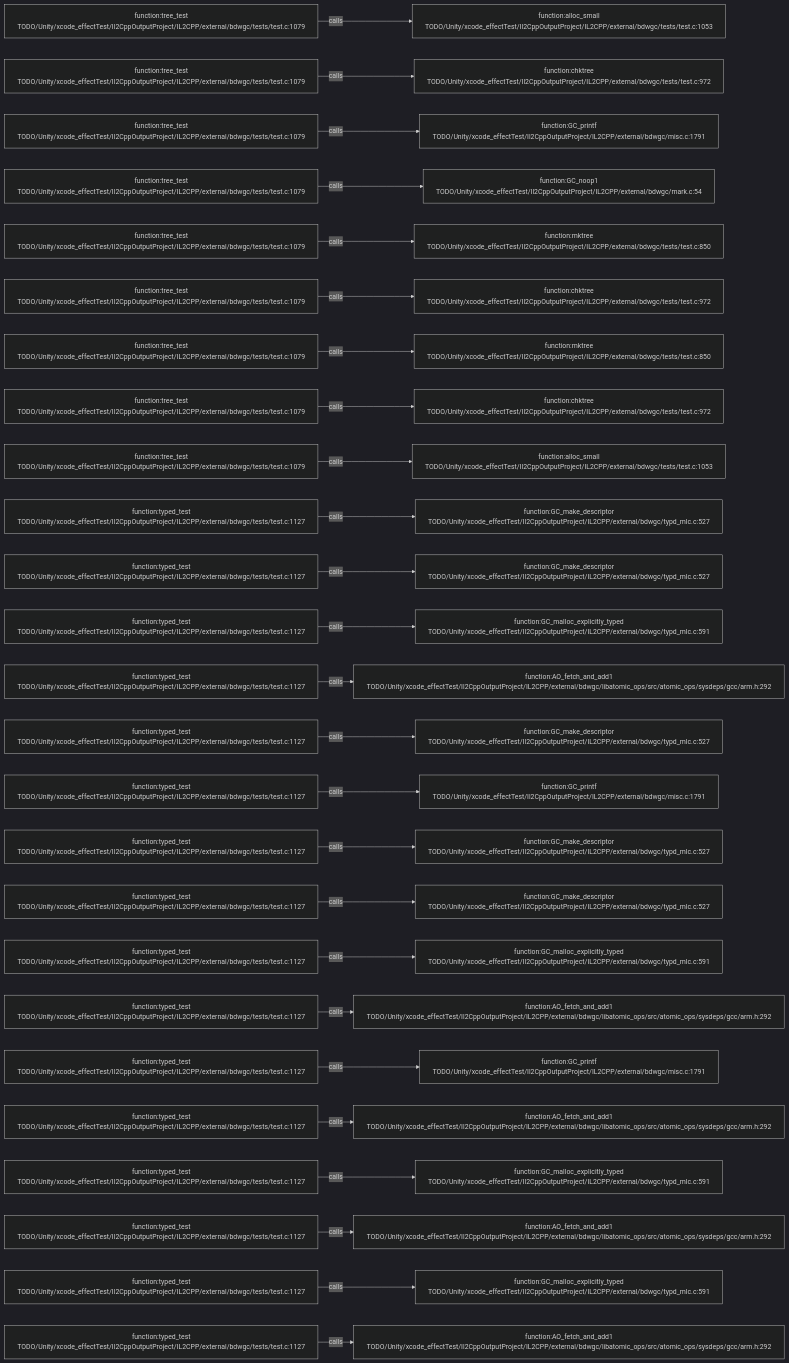
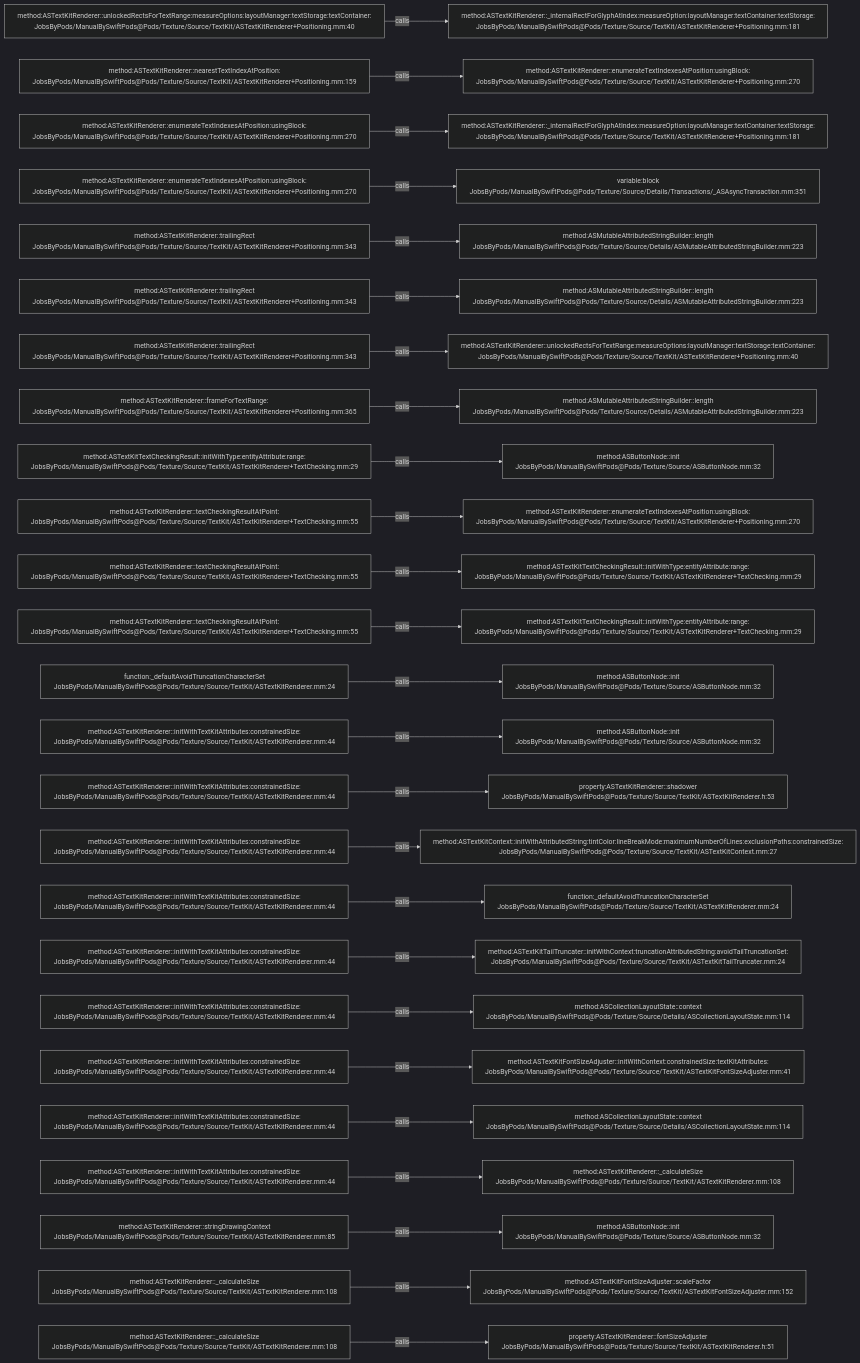
Before and after one commit to JobsKits/JobsSwiftBaseConfigDemo: the diagram in .codegraph/codegraph.md/graphs/calls-168.md, drawn with Mermaid (dark theme). The commit also changed 2959 other files, not shown here.

````diff
--- a/.codegraph/codegraph.md/graphs/calls-168.md
+++ b/.codegraph/codegraph.md/graphs/calls-168.md
@@ -13,78 +13,78 @@
 ```mermaid
 flowchart LR
-  S1["function:tree_test<br/>TODO/Unity/xcode_effectTest/Il2CppOutputProject/IL2CPP/external/bdwgc/tests/test.c:1079"]
-  T1["function:alloc_small<br/>TODO/Unity/xcode_effectTest/Il2CppOutputProject/IL2CPP/external/bdwgc/tests/test.c:1053"]
+  S1["method:ASTextKitRenderer::unlockedRectsForTextRange:measureOptions:layoutManager:textStorage:textContainer:<br/>JobsByPods/ManualBySwiftPods@Pods/Texture/Source/TextKit/ASTextKitRenderer+Positioning.mm:40"]
+  T1["method:ASTextKitRenderer::_internalRectForGlyphAtIndex:measureOption:layoutManager:textContainer:textStorage:<br/>JobsByPods/ManualBySwiftPods@Pods/Texture/Source/TextKit/ASTextKitRenderer+Positioning.mm:181"]
   S1 -->|calls| T1
-  S2["function:tree_test<br/>TODO/Unity/xcode_effectTest/Il2CppOutputProject/IL2CPP/external/bdwgc/tests/test.c:1079"]
-  T2["function:chktree<br/>TODO/Unity/xcode_effectTest/Il2CppOutputProject/IL2CPP/external/bdwgc/tests/test.c:972"]
+  S2["method:ASTextKitRenderer::nearestTextIndexAtPosition:<br/>JobsByPods/ManualBySwiftPods@Pods/Texture/Source/TextKit/ASTextKitRenderer+Positioning.mm:159"]
+  T2["method:ASTextKitRenderer::enumerateTextIndexesAtPosition:usingBlock:<br/>JobsByPods/ManualBySwiftPods@Pods/Texture/Source/TextKit/ASTextKitRenderer+Positioning.mm:270"]
   S2 -->|calls| T2
-  S3["function:tree_test<br/>TODO/Unity/xcode_effectTest/Il2CppOutputProject/IL2CPP/external/bdwgc/tests/test.c:1079"]
-  T3["function:GC_printf<br/>TODO/Unity/xcode_effectTest/Il2CppOutputProject/IL2CPP/external/bdwgc/misc.c:1791"]
+  S3["method:ASTextKitRenderer::enumerateTextIndexesAtPosition:usingBlock:<br/>JobsByPods/ManualBySwiftPods@Pods/Texture/Source/TextKit/ASTextKitRenderer+Positioning.mm:270"]
+  T3["method:ASTextKitRenderer::_internalRectForGlyphAtIndex:measureOption:layoutManager:textContainer:textStorage:<br/>JobsByPods/ManualBySwiftPods@Pods/Texture/Source/TextKit/ASTextKitRenderer+Positioning.mm:181"]
   S3 -->|calls| T3
-  S4["function:tree_test<br/>TODO/Unity/xcode_effectTest/Il2CppOutputProject/IL2CPP/external/bdwgc/tests/test.c:1079"]
-  T4["function:GC_noop1<br/>TODO/Unity/xcode_effectTest/Il2CppOutputProject/IL2CPP/external/bdwgc/mark.c:54"]
+  S4["method:ASTextKitRenderer::enumerateTextIndexesAtPosition:usingBlock:<br/>JobsByPods/ManualBySwiftPods@Pods/Texture/Source/TextKit/ASTextKitRenderer+Positioning.mm:270"]
+  T4["variable:block<br/>JobsByPods/ManualBySwiftPods@Pods/Texture/Source/Details/Transactions/_ASAsyncTransaction.mm:351"]
   S4 -->|calls| T4
-  S5["function:tree_test<br/>TODO/Unity/xcode_effectTest/Il2CppOutputProject/IL2CPP/external/bdwgc/tests/test.c:1079"]
-  T5["function:mktree<br/>TODO/Unity/xcode_effectTest/Il2CppOutputProject/IL2CPP/external/bdwgc/tests/test.c:850"]
+  S5["method:ASTextKitRenderer::trailingRect<br/>JobsByPods/ManualBySwiftPods@Pods/Texture/Source/TextKit/ASTextKitRenderer+Positioning.mm:343"]
+  T5["method:ASMutableAttributedStringBuilder::length<br/>JobsByPods/ManualBySwiftPods@Pods/Texture/Source/Details/ASMutableAttributedStringBuilder.mm:223"]
   S5 -->|calls| T5
-  S6["function:tree_test<br/>TODO/Unity/xcode_effectTest/Il2CppOutputProject/IL2CPP/external/bdwgc/tests/test.c:1079"]
-  T6["function:chktree<br/>TODO/Unity/xcode_effectTest/Il2CppOutputProject/IL2CPP/external/bdwgc/tests/test.c:972"]
+  S6["method:ASTextKitRenderer::trailingRect<br/>JobsByPods/ManualBySwiftPods@Pods/Texture/Source/TextKit/ASTextKitRenderer+Positioning.mm:343"]
+  T6["method:ASMutableAttributedStringBuilder::length<br/>JobsByPods/ManualBySwiftPods@Pods/Texture/Source/Details/ASMutableAttributedStringBuilder.mm:223"]
   S6 -->|calls| T6
-  S7["function:tree_test<br/>TODO/Unity/xcode_effectTest/Il2CppOutputProject/IL2CPP/external/bdwgc/tests/test.c:1079"]
-  T7["function:mktree<br/>TODO/Unity/xcode_effectTest/Il2CppOutputProject/IL2CPP/external/bdwgc/tests/test.c:850"]
+  S7["method:ASTextKitRenderer::trailingRect<br/>JobsByPods/ManualBySwiftPods@Pods/Texture/Source/TextKit/ASTextKitRenderer+Positioning.mm:343"]
+  T7["method:ASTextKitRenderer::unlockedRectsForTextRange:measureOptions:layoutManager:textStorage:textContainer:<br/>JobsByPods/ManualBySwiftPods@Pods/Texture/Source/TextKit/ASTextKitRenderer+Positioning.mm:40"]
   S7 -->|calls| T7
-  S8["function:tree_test<br/>TODO/Unity/xcode_effectTest/Il2CppOutputProject/IL2CPP/external/bdwgc/tests/test.c:1079"]
-  T8["function:chktree<br/>TODO/Unity/xcode_effectTest/Il2CppOutputProject/IL2CPP/external/bdwgc/tests/test.c:972"]
+  S8["method:ASTextKitRenderer::frameForTextRange:<br/>JobsByPods/ManualBySwiftPods@Pods/Texture/Source/TextKit/ASTextKitRenderer+Positioning.mm:365"]
+  T8["method:ASMutableAttributedStringBuilder::length<br/>JobsByPods/ManualBySwiftPods@Pods/Texture/Source/Details/ASMutableAttributedStringBuilder.mm:223"]
   S8 -->|calls| T8
-  S9["function:tree_test<br/>TODO/Unity/xcode_effectTest/Il2CppOutputProject/IL2CPP/external/bdwgc/tests/test.c:1079"]
-  T9["function:alloc_small<br/>TODO/Unity/xcode_effectTest/Il2CppOutputProject/IL2CPP/external/bdwgc/tests/test.c:1053"]
+  S9["method:ASTextKitTextCheckingResult::initWithType:entityAttribute:range:<br/>JobsByPods/ManualBySwiftPods@Pods/Texture/Source/TextKit/ASTextKitRenderer+TextChecking.mm:29"]
+  T9["method:ASButtonNode::init<br/>JobsByPods/ManualBySwiftPods@Pods/Texture/Source/ASButtonNode.mm:32"]
   S9 -->|calls| T9
-  S10["function:typed_test<br/>TODO/Unity/xcode_effectTest/Il2CppOutputProject/IL2CPP/external/bdwgc/tests/test.c:1127"]
-  T10["function:GC_make_descriptor<br/>TODO/Unity/xcode_effectTest/Il2CppOutputProject/IL2CPP/external/bdwgc/typd_mlc.c:527"]
+  S10["method:ASTextKitRenderer::textCheckingResultAtPoint:<br/>JobsByPods/ManualBySwiftPods@Pods/Texture/Source/TextKit/ASTextKitRenderer+TextChecking.mm:55"]
+  T10["method:ASTextKitRenderer::enumerateTextIndexesAtPosition:usingBlock:<br/>JobsByPods/ManualBySwiftPods@Pods/Texture/Source/TextKit/ASTextKitRenderer+Positioning.mm:270"]
   S10 -->|calls| T10
-  S11["function:typed_test<br/>TODO/Unity/xcode_effectTest/Il2CppOutputProject/IL2CPP/external/bdwgc/tests/test.c:1127"]
-  T11["function:GC_make_descriptor<br/>TODO/Unity/xcode_effectTest/Il2CppOutputProject/IL2CPP/external/bdwgc/typd_mlc.c:527"]
+  S11["method:ASTextKitRenderer::textCheckingResultAtPoint:<br/>JobsByPods/ManualBySwiftPods@Pods/Texture/Source/TextKit/ASTextKitRenderer+TextChecking.mm:55"]
+  T11["method:ASTextKitTextCheckingResult::initWithType:entityAttribute:range:<br/>JobsByPods/ManualBySwiftPods@Pods/Texture/Source/TextKit/ASTextKitRenderer+TextChecking.mm:29"]
   S11 -->|calls| T11
-  S12["function:typed_test<br/>TODO/Unity/xcode_effectTest/Il2CppOutputProject/IL2CPP/external/bdwgc/tests/test.c:1127"]
-  T12["function:GC_malloc_explicitly_typed<br/>TODO/Unity/xcode_effectTest/Il2CppOutputProject/IL2CPP/external/bdwgc/typd_mlc.c:591"]
+  S12["method:ASTextKitRenderer::textCheckingResultAtPoint:<br/>JobsByPods/ManualBySwiftPods@Pods/Texture/Source/TextKit/ASTextKitRenderer+TextChecking.mm:55"]
+  T12["method:ASTextKitTextCheckingResult::initWithType:entityAttribute:range:<br/>JobsByPods/ManualBySwiftPods@Pods/Texture/Source/TextKit/ASTextKitRenderer+TextChecking.mm:29"]
   S12 -->|calls| T12
-  S13["function:typed_test<br/>TODO/Unity/xcode_effectTest/Il2CppOutputProject/IL2CPP/external/bdwgc/tests/test.c:1127"]
-  T13["function:AO_fetch_and_add1<br/>TODO/Unity/xcode_effectTest/Il2CppOutputProject/IL2CPP/external/bdwgc/libatomic_ops/src/atomic_ops/sysdeps/gcc/arm.h:292"]
+  S13["function:_defaultAvoidTruncationCharacterSet<br/>JobsByPods/ManualBySwiftPods@Pods/Texture/Source/TextKit/ASTextKitRenderer.mm:24"]
+  T13["method:ASButtonNode::init<br/>JobsByPods/ManualBySwiftPods@Pods/Texture/Source/ASButtonNode.mm:32"]
   S13 -->|calls| T13
-  S14["function:typed_test<br/>TODO/Unity/xcode_effectTest/Il2CppOutputProject/IL2CPP/external/bdwgc/tests/test.c:1127"]
-  T14["function:GC_make_descriptor<br/>TODO/Unity/xcode_effectTest/Il2CppOutputProject/IL2CPP/external/bdwgc/typd_mlc.c:527"]
+  S14["method:ASTextKitRenderer::initWithTextKitAttributes:constrainedSize:<br/>JobsByPods/ManualBySwiftPods@Pods/Texture/Source/TextKit/ASTextKitRenderer.mm:44"]
+  T14["method:ASButtonNode::init<br/>JobsByPods/ManualBySwiftPods@Pods/Texture/Source/ASButtonNode.mm:32"]
   S14 -->|calls| T14
-  S15["function:typed_test<br/>TODO/Unity/xcode_effectTest/Il2CppOutputProject/IL2CPP/external/bdwgc/tests/test.c:1127"]
-  T15["function:GC_printf<br/>TODO/Unity/xcode_effectTest/Il2CppOutputProject/IL2CPP/external/bdwgc/misc.c:1791"]
+  S15["method:ASTextKitRenderer::initWithTextKitAttributes:constrainedSize:<br/>JobsByPods/ManualBySwiftPods@Pods/Texture/Source/TextKit/ASTextKitRenderer.mm:44"]
+  T15["property:ASTextKitRenderer::shadower<br/>JobsByPods/ManualBySwiftPods@Pods/Texture/Source/TextKit/ASTextKitRenderer.h:53"]
   S15 -->|calls| T15
-  S16["function:typed_test<br/>TODO/Unity/xcode_effectTest/Il2CppOutputProject/IL2CPP/external/bdwgc/tests/test.c:1127"]
-  T16["function:GC_make_descriptor<br/>TODO/Unity/xcode_effectTest/Il2CppOutputProject/IL2CPP/external/bdwgc/typd_mlc.c:527"]
+  S16["method:ASTextKitRenderer::initWithTextKitAttributes:constrainedSize:<br/>JobsByPods/ManualBySwiftPods@Pods/Texture/Source/TextKit/ASTextKitRenderer.mm:44"]
+  T16["method:ASTextKitContext::initWithAttributedString:tintColor:lineBreakMode:maximumNumberOfLines:exclusionPaths:constrainedSize:<br/>JobsByPods/ManualBySwiftPods@Pods/Texture/Source/TextKit/ASTextKitContext.mm:27"]
   S16 -->|calls| T16
-  S17["function:typed_test<br/>TODO/Unity/xcode_effectTest/Il2CppOutputProject/IL2CPP/external/bdwgc/tests/test.c:1127"]
-  T17["function:GC_make_descriptor<br/>TODO/Unity/xcode_effectTest/Il2CppOutputProject/IL2CPP/external/bdwgc/typd_mlc.c:527"]
+  S17["method:ASTextKitRenderer::initWithTextKitAttributes:constrainedSize:<br/>JobsByPods/ManualBySwiftPods@Pods/Texture/Source/TextKit/ASTextKitRenderer.mm:44"]
+  T17["function:_defaultAvoidTruncationCharacterSet<br/>JobsByPods/ManualBySwiftPods@Pods/Texture/Source/TextKit/ASTextKitRenderer.mm:24"]
   S17 -->|calls| T17
-  S18["function:typed_test<br/>TODO/Unity/xcode_effectTest/Il2CppOutputProject/IL2CPP/external/bdwgc/tests/test.c:1127"]
-  T18["function:GC_malloc_explicitly_typed<br/>TODO/Unity/xcode_effectTest/Il2CppOutputProject/IL2CPP/external/bdwgc/typd_mlc.c:591"]
+  S18["method:ASTextKitRenderer::initWithTextKitAttributes:constrainedSize:<br/>JobsByPods/ManualBySwiftPods@Pods/Texture/Source/TextKit/ASTextKitRenderer.mm:44"]
+  T18["method:ASTextKitTailTruncater::initWithContext:truncationAttributedString:avoidTailTruncationSet:<br/>JobsByPods/ManualBySwiftPods@Pods/Texture/Source/TextKit/ASTextKitTailTruncater.mm:24"]
   S18 -->|calls| T18
-  S19["function:typed_test<br/>TODO/Unity/xcode_effectTest/Il2CppOutputProject/IL2CPP/external/bdwgc/tests/test.c:1127"]
-  T19["function:AO_fetch_and_add1<br/>TODO/Unity/xcode_effectTest/Il2CppOutputProject/IL2CPP/external/bdwgc/libatomic_ops/src/atomic_ops/sysdeps/gcc/arm.h:292"]
+  S19["method:ASTextKitRenderer::initWithTextKitAttributes:constrainedSize:<br/>JobsByPods/ManualBySwiftPods@Pods/Texture/Source/TextKit/ASTextKitRenderer.mm:44"]
+  T19["method:ASCollectionLayoutState::context<br/>JobsByPods/ManualBySwiftPods@Pods/Texture/Source/Details/ASCollectionLayoutState.mm:114"]
   S19 -->|calls| T19
-  S20["function:typed_test<br/>TODO/Unity/xcode_effectTest/Il2CppOutputProject/IL2CPP/external/bdwgc/tests/test.c:1127"]
-  T20["function:GC_printf<br/>TODO/Unity/xcode_effectTest/Il2CppOutputProject/IL2CPP/external/bdwgc/misc.c:1791"]
+  S20["method:ASTextKitRenderer::initWithTextKitAttributes:constrainedSize:<br/>JobsByPods/ManualBySwiftPods@Pods/Texture/Source/TextKit/ASTextKitRenderer.mm:44"]
+  T20["method:ASTextKitFontSizeAdjuster::initWithContext:constrainedSize:textKitAttributes:<br/>JobsByPods/ManualBySwiftPods@Pods/Texture/Source/TextKit/ASTextKitFontSizeAdjuster.mm:41"]
   S20 -->|calls| T20
-  S21["function:typed_test<br/>TODO/Unity/xcode_effectTest/Il2CppOutputProject/IL2CPP/external/bdwgc/tests/test.c:1127"]
-  T21["function:AO_fetch_and_add1<br/>TODO/Unity/xcode_effectTest/Il2CppOutputProject/IL2CPP/external/bdwgc/libatomic_ops/src/atomic_ops/sysdeps/gcc/arm.h:292"]
+  S21["method:ASTextKitRenderer::initWithTextKitAttributes:constrainedSize:<br/>JobsByPods/ManualBySwiftPods@Pods/Texture/Source/TextKit/ASTextKitRenderer.mm:44"]
+  T21["method:ASCollectionLayoutState::context<br/>JobsByPods/ManualBySwiftPods@Pods/Texture/Source/Details/ASCollectionLayoutState.mm:114"]
   S21 -->|calls| T21
-  S22["function:typed_test<br/>TODO/Unity/xcode_effectTest/Il2CppOutputProject/IL2CPP/external/bdwgc/tests/test.c:1127"]
-  T22["function:GC_malloc_explicitly_typed<br/>TODO/Unity/xcode_effectTest/Il2CppOutputProject/IL2CPP/external/bdwgc/typd_mlc.c:591"]
+  S22["method:ASTextKitRenderer::initWithTextKitAttributes:constrainedSize:<br/>JobsByPods/ManualBySwiftPods@Pods/Texture/Source/TextKit/ASTextKitRenderer.mm:44"]
+  T22["method:ASTextKitRenderer::_calculateSize<br/>JobsByPods/ManualBySwiftPods@Pods/Texture/Source/TextKit/ASTextKitRenderer.mm:108"]
   S22 -->|calls| T22
-  S23["function:typed_test<br/>TODO/Unity/xcode_effectTest/Il2CppOutputProject/IL2CPP/external/bdwgc/tests/test.c:1127"]
-  T23["function:AO_fetch_and_add1<br/>TODO/Unity/xcode_effectTest/Il2CppOutputProject/IL2CPP/external/bdwgc/libatomic_ops/src/atomic_ops/sysdeps/gcc/arm.h:292"]
+  S23["method:ASTextKitRenderer::stringDrawingContext<br/>JobsByPods/ManualBySwiftPods@Pods/Texture/Source/TextKit/ASTextKitRenderer.mm:85"]
+  T23["method:ASButtonNode::init<br/>JobsByPods/ManualBySwiftPods@Pods/Texture/Source/ASButtonNode.mm:32"]
   S23 -->|calls| T23
-  S24["function:typed_test<br/>TODO/Unity/xcode_effectTest/Il2CppOutputProject/IL2CPP/external/bdwgc/tests/test.c:1127"]
-  T24["function:GC_malloc_explicitly_typed<br/>TODO/Unity/xcode_effectTest/Il2CppOutputProject/IL2CPP/external/bdwgc/typd_mlc.c:591"]
+  S24["method:ASTextKitRenderer::_calculateSize<br/>JobsByPods/ManualBySwiftPods@Pods/Texture/Source/TextKit/ASTextKitRenderer.mm:108"]
+  T24["method:ASTextKitFontSizeAdjuster::scaleFactor<br/>JobsByPods/ManualBySwiftPods@Pods/Texture/Source/TextKit/ASTextKitFontSizeAdjuster.mm:152"]
   S24 -->|calls| T24
-  S25["function:typed_test<br/>TODO/Unity/xcode_effectTest/Il2CppOutputProject/IL2CPP/external/bdwgc/tests/test.c:1127"]
-  T25["function:AO_fetch_and_add1<br/>TODO/Unity/xcode_effectTest/Il2CppOutputProject/IL2CPP/external/bdwgc/libatomic_ops/src/atomic_ops/sysdeps/gcc/arm.h:292"]
+  S25["method:ASTextKitRenderer::_calculateSize<br/>JobsByPods/ManualBySwiftPods@Pods/Texture/Source/TextKit/ASTextKitRenderer.mm:108"]
+  T25["property:ASTextKitRenderer::fontSizeAdjuster<br/>JobsByPods/ManualBySwiftPods@Pods/Texture/Source/TextKit/ASTextKitRenderer.h:51"]
   S25 -->|calls| T25
 ```
````
